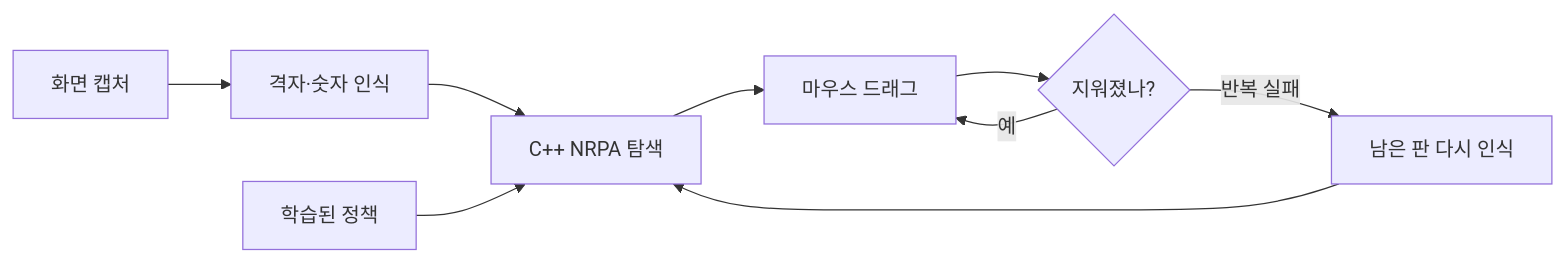
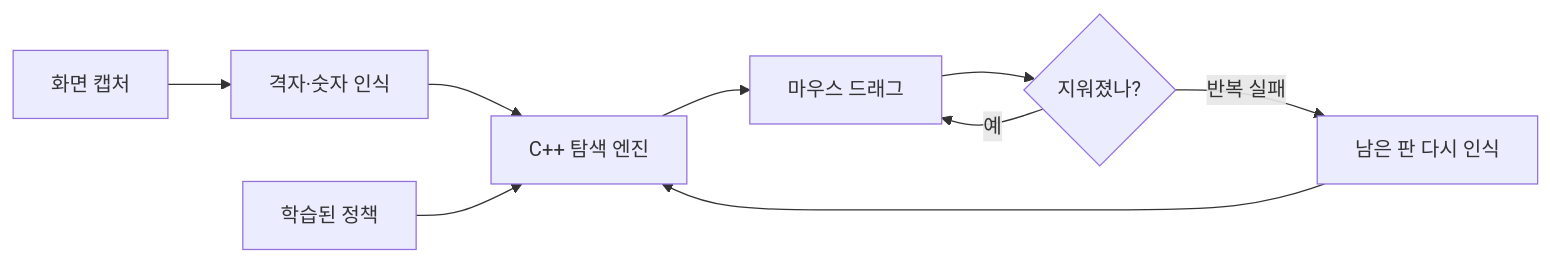
Before and after one commit to sanghyeon3804/apple-game-ai: the diagram in README.md, drawn with Mermaid. The commit also changed other lines of this file and 7 other files, not shown here.

````diff
--- a/README.md
+++ b/README.md
@@ -11,10 +13,10 @@
 ```mermaid
 flowchart LR
     A[화면 캡처] --> B[격자·숫자 인식]
-    B --> C[C++ NRPA 탐색]
+    B --> C[C++ 탐색 엔진]
     P[학습된 정책] --> C
     C --> D[마우스 드래그]
     D --> E{지워졌나?}
     E -- 예 --> D
     E -- 반복 실패 --> F[남은 판 다시 인식] --> C
 ```
````
